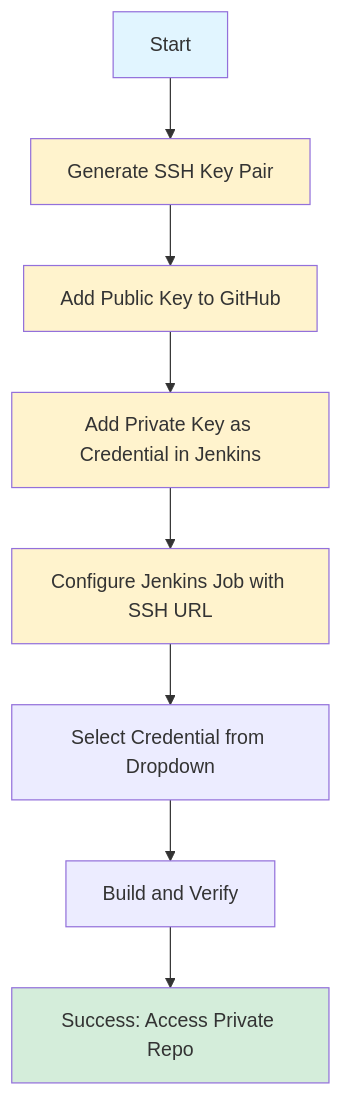
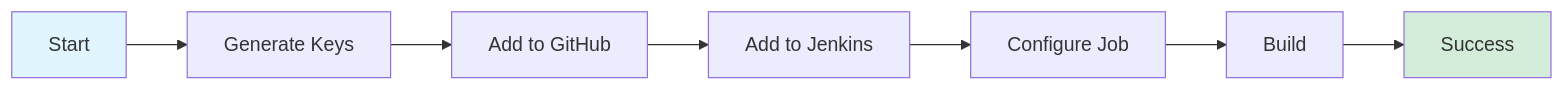
The first of 9 diagrams in README.md (onurglr/github-ssh-jenkins-tutorial), drawn with Mermaid before and after one commit. The commit also changed other lines of this file and 4 other files, not shown here.

````diff
--- a/README.md
+++ b/README.md
@@ -9,17 +9,7 @@
 ```mermaid
-flowchart TD
-    A[Start] --> B[Generate SSH Key Pair]
-    B --> C[Add Public Key to GitHub]
-    C --> D[Add Private Key as Credential in Jenkins]
-    D --> E[Configure Jenkins Job with SSH URL]
-    E --> F[Select Credential from Dropdown]
-    F --> G[Build and Verify]
-    G --> H[Success: Access Private Repo]
+flowchart LR
+    A[Start] --> B[Generate Keys] --> C[Add to GitHub] --> D[Add to Jenkins] --> E[Configure Job] --> F[Build] --> G[Success]
     
     style A fill:#e1f5ff
-    style H fill:#d4edda
-    style B fill:#fff3cd
-    style C fill:#fff3cd
-    style D fill:#fff3cd
-    style E fill:#fff3cd
+    style G fill:#d4edda
 ```
````
